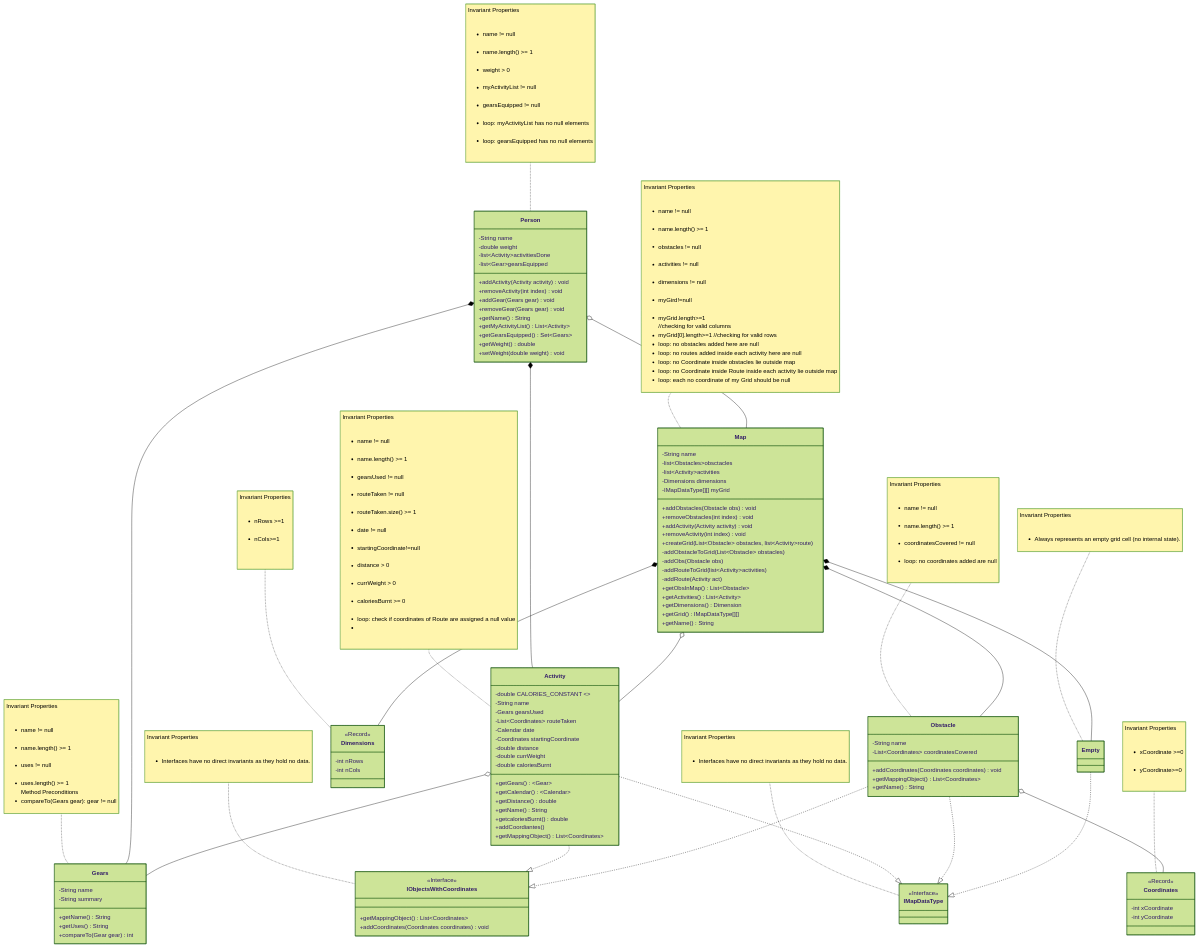
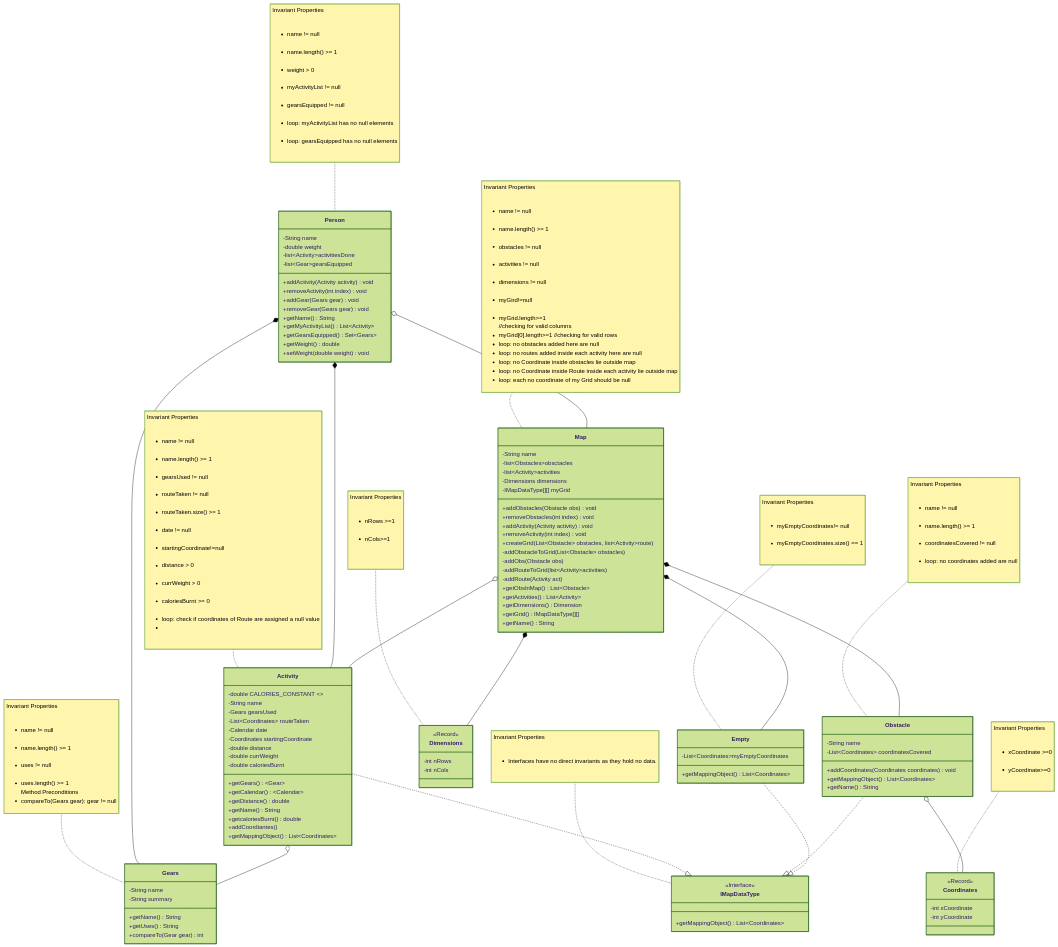
Before and after one commit to umangmehta0007/Excercise_Tracker: the diagram in README.md, drawn with Mermaid (forest theme). The commit also changed other lines of this file and 7 other files, not shown here.

```diff
--- a/README.md
+++ b/README.md
@@ -195,11 +202,14 @@
         
         
         note for Empty "Invariant Properties
-        <ul> 
-        <li>Always represents an empty grid cell (no internal state).
+        <ul>
+        <li>myEmptyCoordinates!= null </li>
+        <li>myEmptyCoordinates.size() == 1 </li>
         <ul>"
         
         class Empty{
+                -List~Coordinates~myEmptyCoordinates
+                +getMappingObject() List~Coordinates~
             
         }
 
@@ -235,17 +245,6 @@
         +compareTo(Gear gear) int
     }
 
-    note for IObjectsWithCoordinates "Invariant Properties
-    <ul>
-    <li>Interfaces have no direct invariants as they hold no data.</li>
-    </ul>"
-
-    class IObjectsWithCoordinates{
-            <<Interface>>
-            +getMappingObject() List~Coordinates~
-            +addCoordinates(Coordinates coordinates) void
-    }
-
     note for IMapDataType "Invariant Properties
     <ul>
     <li>Interfaces have no direct invariants as they hold no data.</li>
@@ -253,6 +252,7 @@
     
     class IMapDataType{
         <<Interface>>
+        +getMappingObject() List~Coordinates~
     }
     note for Dimensions"Invariant Properties
             <ul>
@@ -278,9 +278,6 @@
     Map *--Empty
 
     Activity o-- Gears
-
-    Activity ..|> IObjectsWithCoordinates
-    Obstacle ..|> IObjectsWithCoordinates
     
     Activity ..|> IMapDataType
     Obstacle ..|> IMapDataType
```
